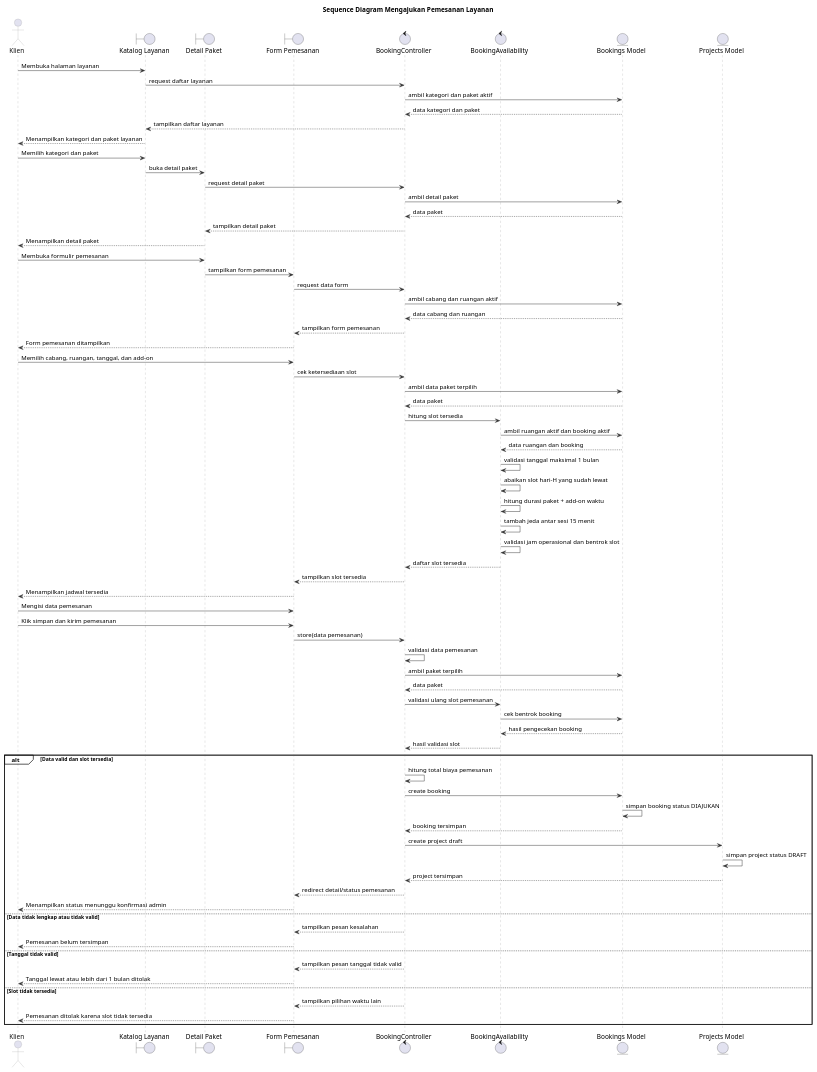
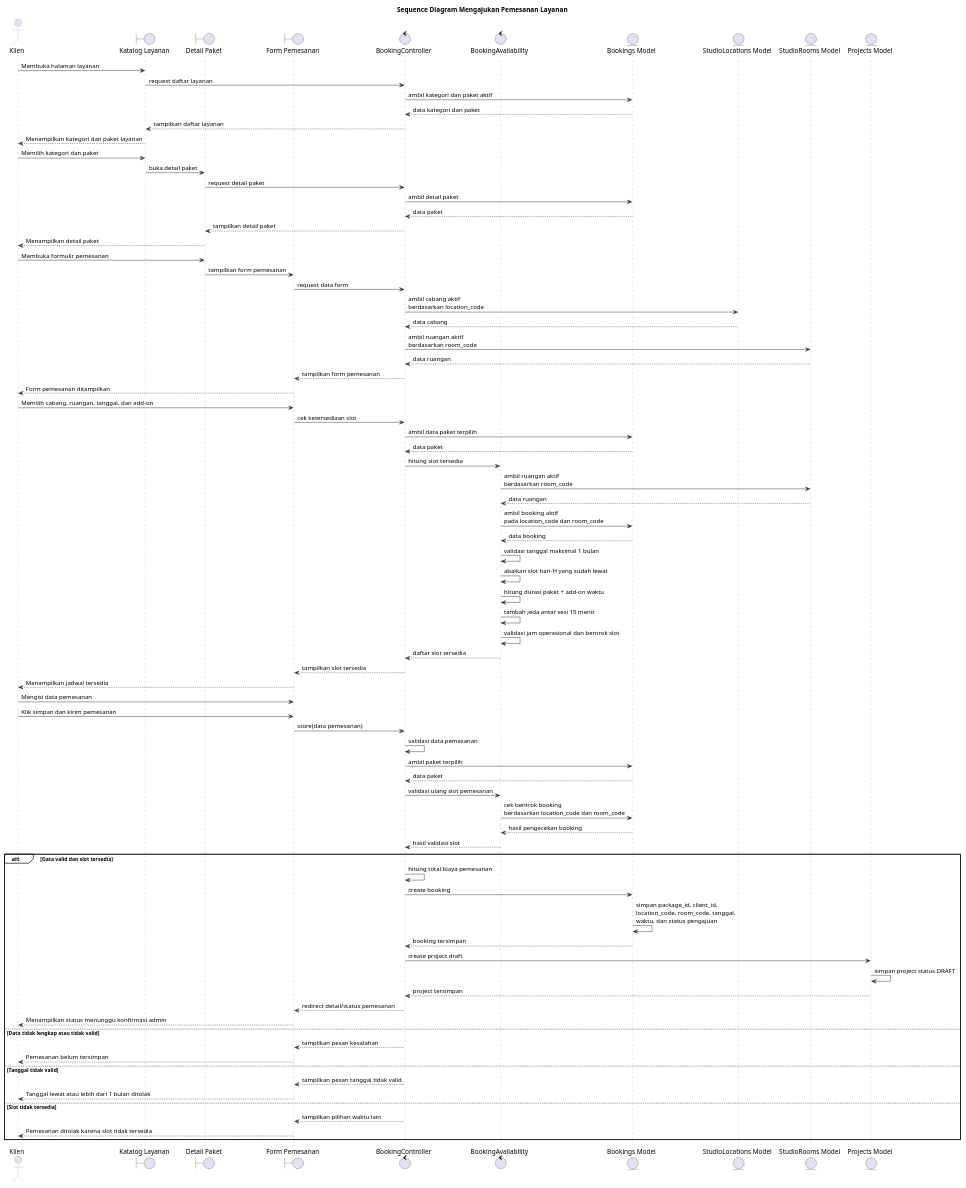
One commit to Fajrinputra/alterstudio-ta changed the diagram in sequence/sequence_pemesanan_layanan.puml. Above: the diagram before and after it, drawn with PlantUML. The commit also changed 71 other files, not shown here.

```diff
--- a/sequence/sequence_pemesanan_layanan.puml
+++ b/sequence/sequence_pemesanan_layanan.puml
@@ -1,105 +1,111 @@
 @startuml
 title Sequence Diagram Mengajukan Pemesanan Layanan
 
 skinparam backgroundColor white
 skinparam shadowing false
 skinparam BoxPadding 4
 skinparam sequence {
     ArrowColor #333333
     LifeLineBorderColor #999999
     LifeLineBackgroundColor white
     ParticipantBorderColor #999999
     ParticipantBackgroundColor #ECEEF8
     ParticipantFontColor #111111
     ActorBorderColor #999999
     ActorFontColor #111111
     BoxBorderColor #111111
     GroupBorderColor #111111
     GroupBackgroundColor transparent
     DividerBorderColor #999999
     DividerFontColor #111111
 }
 
 actor "Klien" as Klien
 boundary "Katalog Layanan" as Katalog
 boundary "Detail Paket" as Detail
 boundary "Form Pemesanan" as Form
 control "BookingController" as BookingController
 control "BookingAvailability" as BookingAvailability
 entity "Bookings Model" as Booking
+entity "StudioLocations Model" as StudioLocation
+entity "StudioRooms Model" as StudioRoom
 entity "Projects Model" as Project
 
 Klien -> Katalog : Membuka halaman layanan
 Katalog -> BookingController : request daftar layanan
 BookingController -> Booking : ambil kategori dan paket aktif
 Booking --> BookingController : data kategori dan paket
 BookingController --> Katalog : tampilkan daftar layanan
 Katalog --> Klien : Menampilkan kategori dan paket layanan
 
 Klien -> Katalog : Memilih kategori dan paket
 Katalog -> Detail : buka detail paket
 Detail -> BookingController : request detail paket
 BookingController -> Booking : ambil detail paket
 Booking --> BookingController : data paket
 BookingController --> Detail : tampilkan detail paket
 Detail --> Klien : Menampilkan detail paket
 
 Klien -> Detail : Membuka formulir pemesanan
 Detail -> Form : tampilkan form pemesanan
 Form -> BookingController : request data form
-BookingController -> Booking : ambil cabang dan ruangan aktif
-Booking --> BookingController : data cabang dan ruangan
+BookingController -> StudioLocation : ambil cabang aktif\nberdasarkan location_code
+StudioLocation --> BookingController : data cabang
+BookingController -> StudioRoom : ambil ruangan aktif\nberdasarkan room_code
+StudioRoom --> BookingController : data ruangan
 BookingController --> Form : tampilkan form pemesanan
 Form --> Klien : Form pemesanan ditampilkan
 
 Klien -> Form : Memilih cabang, ruangan, tanggal, dan add-on
 Form -> BookingController : cek ketersediaan slot
 BookingController -> Booking : ambil data paket terpilih
 Booking --> BookingController : data paket
 BookingController -> BookingAvailability : hitung slot tersedia
-BookingAvailability -> Booking : ambil ruangan aktif dan booking aktif
-Booking --> BookingAvailability : data ruangan dan booking
+BookingAvailability -> StudioRoom : ambil ruangan aktif\nberdasarkan room_code
+StudioRoom --> BookingAvailability : data ruangan
+BookingAvailability -> Booking : ambil booking aktif\npada location_code dan room_code
+Booking --> BookingAvailability : data booking
 
 BookingAvailability -> BookingAvailability : validasi tanggal maksimal 1 bulan
 BookingAvailability -> BookingAvailability : abaikan slot hari-H yang sudah lewat
 BookingAvailability -> BookingAvailability : hitung durasi paket + add-on waktu
 BookingAvailability -> BookingAvailability : tambah jeda antar sesi 15 menit
 BookingAvailability -> BookingAvailability : validasi jam operasional dan bentrok slot
 
 BookingAvailability --> BookingController : daftar slot tersedia
 BookingController --> Form : tampilkan slot tersedia
 Form --> Klien : Menampilkan jadwal tersedia
 
 Klien -> Form : Mengisi data pemesanan
 Klien -> Form : Klik simpan dan kirim pemesanan
 Form -> BookingController : store(data pemesanan)
 BookingController -> BookingController : validasi data pemesanan
 BookingController -> Booking : ambil paket terpilih
 Booking --> BookingController : data paket
 BookingController -> BookingAvailability : validasi ulang slot pemesanan
-BookingAvailability -> Booking : cek bentrok booking
+BookingAvailability -> Booking : cek bentrok booking\nberdasarkan location_code dan room_code
 Booking --> BookingAvailability : hasil pengecekan booking
 BookingAvailability --> BookingController : hasil validasi slot
 
 alt Data valid dan slot tersedia
     BookingController -> BookingController : hitung total biaya pemesanan
     BookingController -> Booking : create booking
-    Booking -> Booking : simpan booking status DIAJUKAN
+    Booking -> Booking : simpan package_id, client_id,\nlocation_code, room_code, tanggal,\nwaktu, dan status pengajuan
     Booking --> BookingController : booking tersimpan
     BookingController -> Project : create project draft
     Project -> Project : simpan project status DRAFT
     Project --> BookingController : project tersimpan
     BookingController --> Form : redirect detail/status pemesanan
     Form --> Klien : Menampilkan status menunggu konfirmasi admin
 else Data tidak lengkap atau tidak valid
     BookingController --> Form : tampilkan pesan kesalahan
     Form --> Klien : Pemesanan belum tersimpan
 else Tanggal tidak valid
     BookingController --> Form : tampilkan pesan tanggal tidak valid
     Form --> Klien : Tanggal lewat atau lebih dari 1 bulan ditolak
 else Slot tidak tersedia
     BookingController --> Form : tampilkan pilihan waktu lain
     Form --> Klien : Pemesanan ditolak karena slot tidak tersedia
 end
 
 @enduml
```
